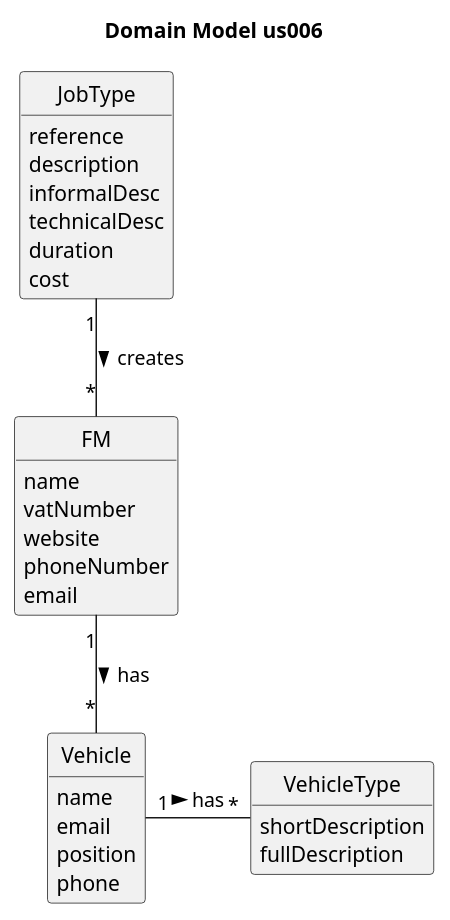
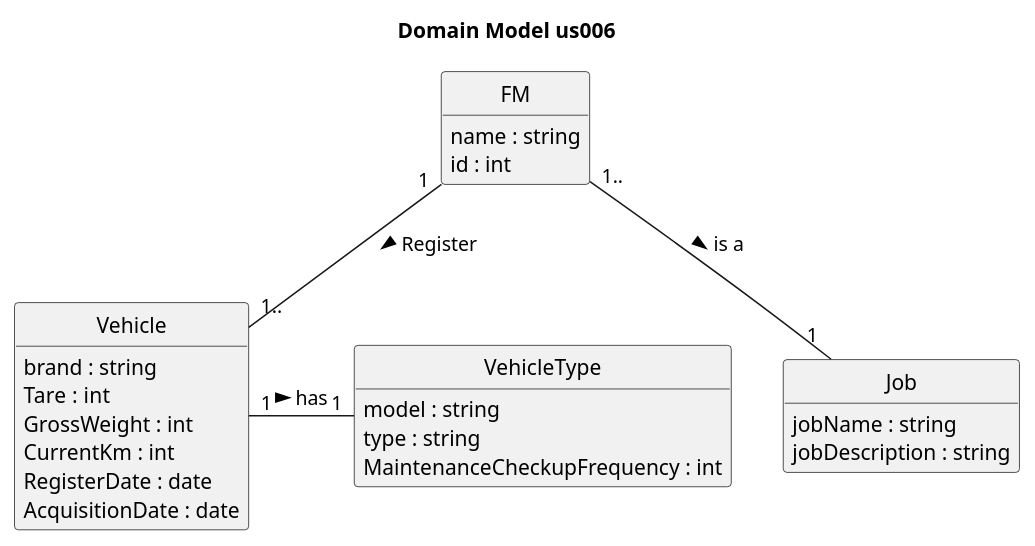
Before and after one commit to Departamento-de-Engenharia-Informatica/lei-24-s2-1dm-g132: the diagram in docs/sprintA/us006_rui/02.analysis/puml/project-domain-model.puml, drawn with PlantUML. The commit also changed other lines of this file and 1 other file, not shown here.

Commit message:
Update of the domain model of the us002 and us006

```diff
--- a/docs/sprintA/us006_rui/02.analysis/puml/project-domain-model.puml
+++ b/docs/sprintA/us006_rui/02.analysis/puml/project-domain-model.puml
@@ -1,53 +1,48 @@
 @startuml
 skinparam monochrome true
 skinparam packageStyle rectangle
 skinparam shadowing false
 'skinparam linetype ortho
 'left to right direction
 skinparam classAttributeIconSize 0
 hide circle
 hide methods
 
 title Domain Model us006
 
 class FM {
-    name
-    vatNumber
-    website
-    phoneNumber
-    email
+    name : string
+    id : int
 }
 
-class JobType {
-    reference
-    description
-    informalDesc
-    technicalDesc
-    duration
-    cost
+class Job {
+    jobName : string
+    jobDescription : string
 }
 
 
 
 class Vehicle {
-    name
-    email
-    position
-    phone
+    brand : string
+    Tare : int
+    GrossWeight : int
+    CurrentKm : int
+    RegisterDate : date
+    AcquisitionDate : date
 }
 
 class VehicleType {
-    shortDescription
-    fullDescription
+     model : string
+     type : string
+     MaintenanceCheckupFrequency : int
+
 }
 
 
-
-
-Vehicle "1" - "*" VehicleType: has >
-JobType "1" -- "*" FM : creates >
-FM "1" -- "*" Vehicle : has >
+Vehicle "1" - "1" VehicleType: has >
+FM "1.." -- "1" Job : is a >
+FM "1" -- "1.." Vehicle : Register >
 
 
 
 @enduml
```
